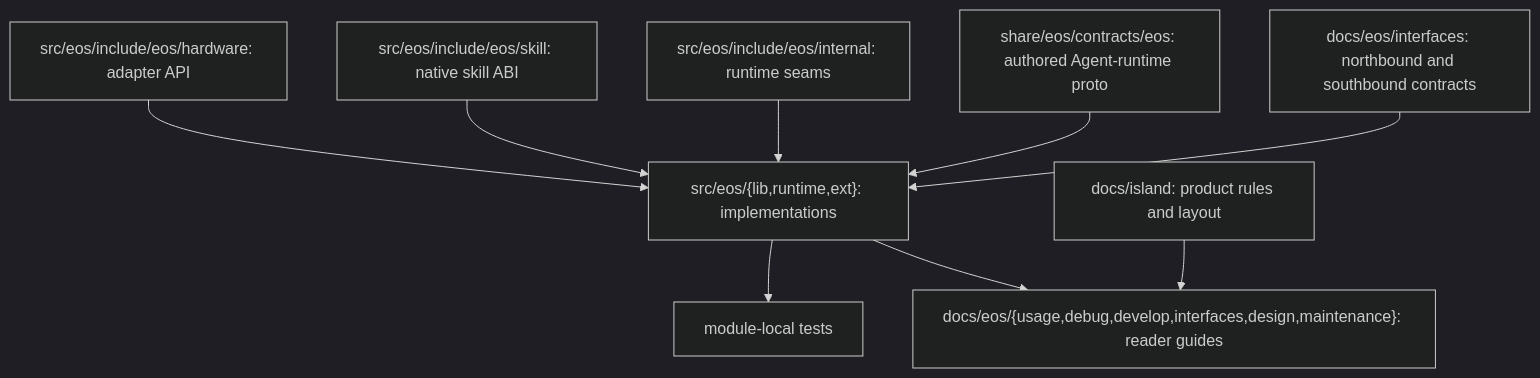
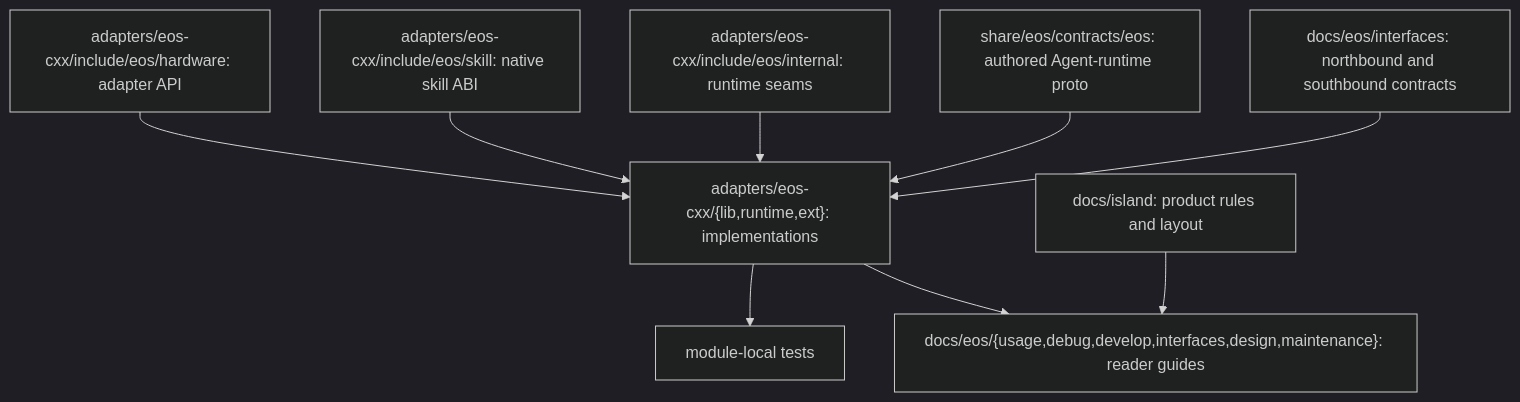
Before and after one commit to Island-Team/Aether-EOS-R: the second of 2 diagrams in docs/island/layout.md, drawn with Mermaid (dark theme). The commit also changed other lines of this file and 2082 other files, not shown here.

````diff
--- a/docs/island/layout.md
+++ b/docs/island/layout.md
@@ -76,11 +84,11 @@
 ```mermaid
 flowchart TB
-  hardware["src/eos/include/eos/hardware: adapter API"] --> modules["src/eos/{lib,runtime,ext}: implementations"]
-  skillabi["src/eos/include/eos/skill: native skill ABI"] --> modules
-  internal["src/eos/include/eos/internal: runtime seams"] --> modules
+  hardware["adapters/eos-cxx/include/eos/hardware: adapter API"] --> modules["adapters/eos-cxx/{lib,runtime,ext}: implementations"]
+  skillabi["adapters/eos-cxx/include/eos/skill: native skill ABI"] --> modules
+  internal["adapters/eos-cxx/include/eos/internal: runtime seams"] --> modules
   contracts["share/eos/contracts/eos: authored Agent-runtime proto"] --> modules
   modules --> localtests["module-local tests"]
   modules --> refs["docs/eos/{usage,debug,develop,interfaces,design,maintenance}: reader guides"]
   interfaces["docs/eos/interfaces: northbound and southbound contracts"] --> modules
   product["docs/island: product rules and layout"] --> refs
 ```
````
